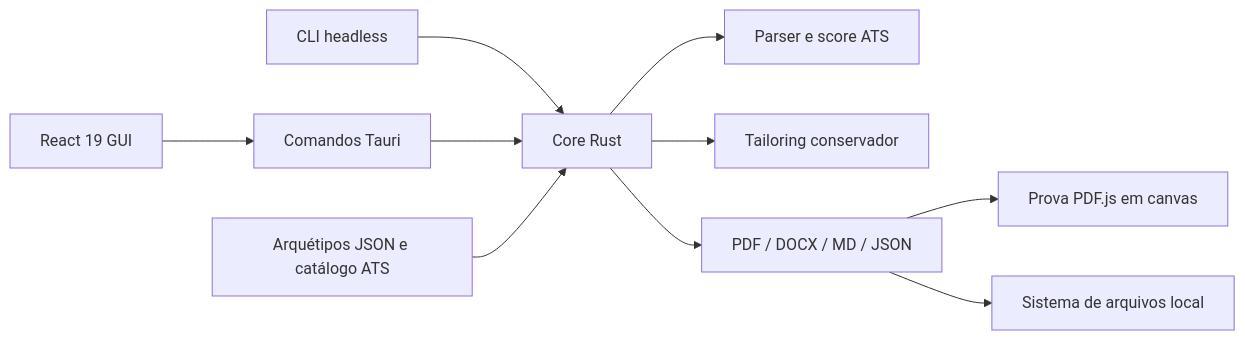
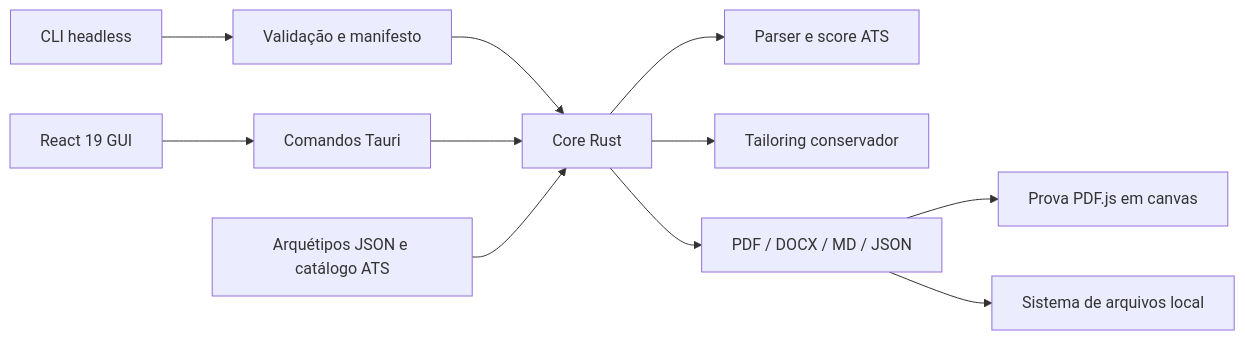
The diagram in docs/architecture.md (PedroReoli/reoli-resume-forge), drawn with Mermaid before and after one commit. The commit also changed other lines of this file and 9 other files, not shown here.

Commit message:
docs(cli): documenta manifesto e instalacao

````diff
--- a/docs/architecture.md
+++ b/docs/architecture.md
@@ -7,12 +7,13 @@
 ```mermaid
 flowchart LR
   UI[React 19 GUI] --> IPC[Comandos Tauri]
-  CLI[CLI headless] --> CORE[Core Rust]
+  CLI[CLI headless] --> MANIFEST[Validação e manifesto]
+  MANIFEST --> CORE[Core Rust]
   IPC --> CORE
   DATA[Arquétipos JSON e catálogo ATS] --> CORE
   CORE --> ATS[Parser e score ATS]
   CORE --> TAILOR[Tailoring conservador]
   CORE --> EXPORT[PDF / DOCX / MD / JSON]
   EXPORT --> PROOF[Prova PDF.js em canvas]
   EXPORT --> FS[Sistema de arquivos local]
 ```
````
